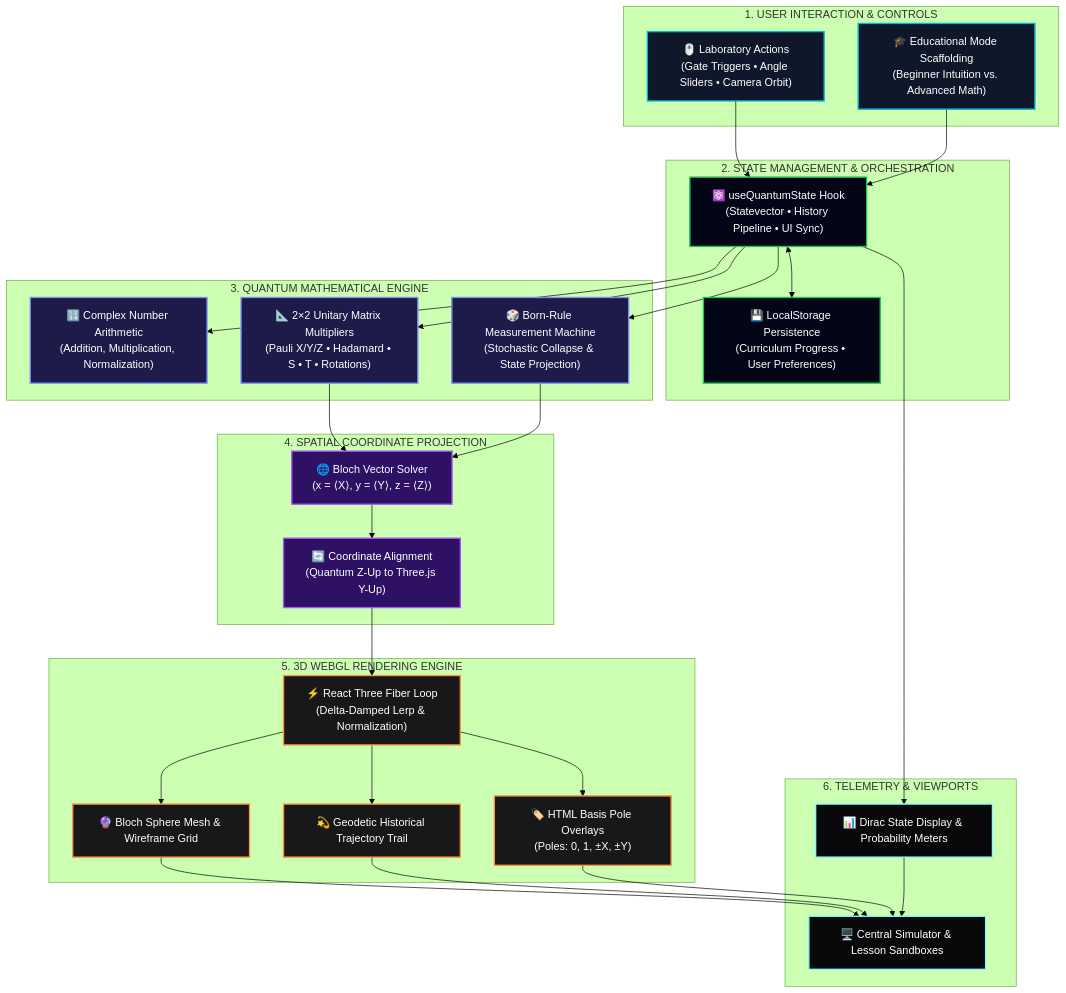
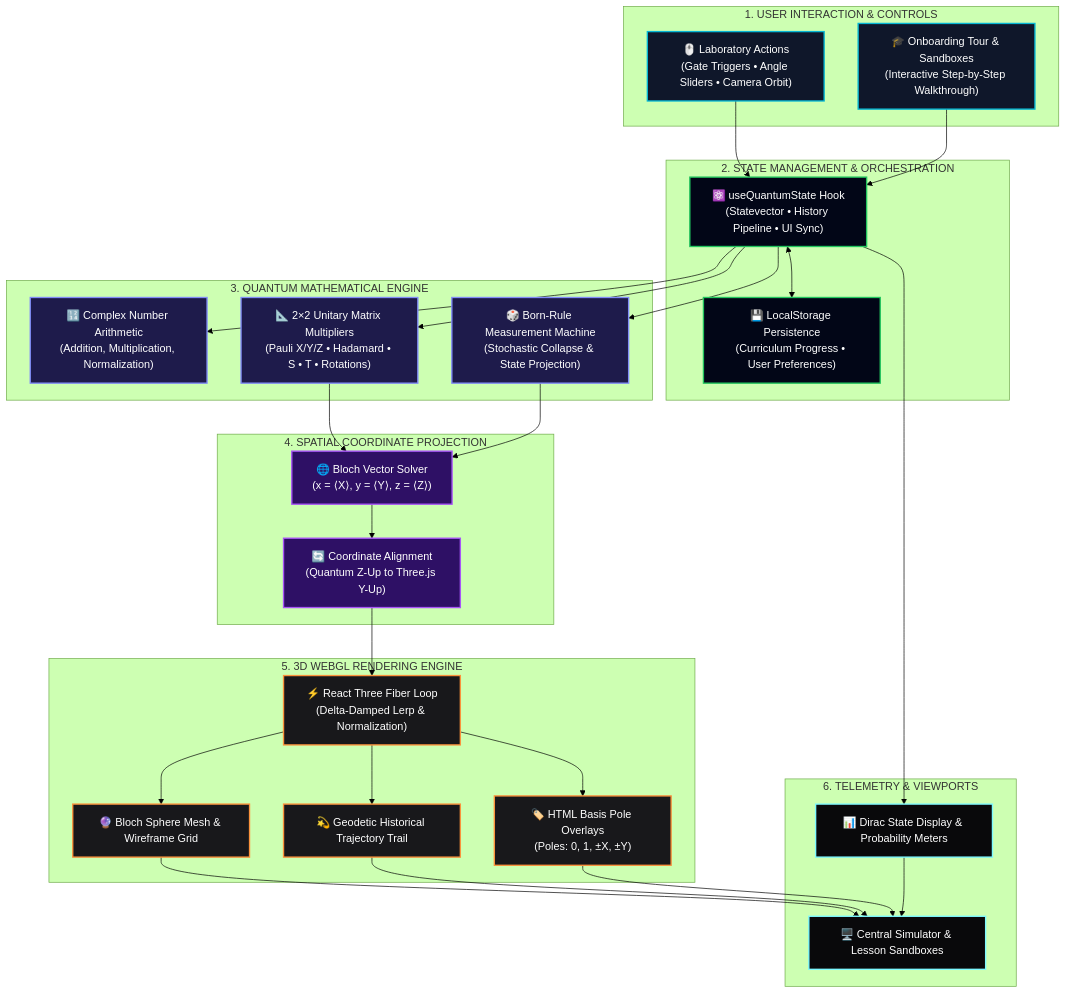
Before and after one commit to SumanthMamidi-MNS/QubitScope: the diagram in README.md, drawn with Mermaid (forest theme). The commit also changed other lines of this file and 6 other files, not shown here.

Commit message:
feat: refine UI modals, streamline beginner-friendly learning flow, and sync documentation

````diff
--- a/README.md
+++ b/README.md
@@ -130,68 +130,68 @@
 ```mermaid
 flowchart TD
     subgraph S1 ["1. USER INTERACTION & CONTROLS"]
         Input["🖱️ Laboratory Actions<br/>(Gate Triggers • Angle Sliders • Camera Orbit)"]
-        Mode["🎓 Educational Mode Scaffolding<br/>(Beginner Intuition vs. Advanced Math)"]
+        Guide["🎓 Onboarding Tour & Sandboxes<br/>(Interactive Step-by-Step Walkthrough)"]
     end
 
     subgraph S2 ["2. STATE MANAGEMENT & ORCHESTRATION"]
         Hook["⚛️ useQuantumState Hook<br/>(Statevector • History Pipeline • UI Sync)"]
         Storage["💾 LocalStorage Persistence<br/>(Curriculum Progress • User Preferences)"]
     end
 
     subgraph S3 ["3. QUANTUM MATHEMATICAL ENGINE"]
         Complex["🔢 Complex Number Arithmetic<br/>(Addition, Multiplication, Normalization)"]
         Unitary["📐 2×2 Unitary Matrix Multipliers<br/>(Pauli X/Y/Z • Hadamard • S • T • Rotations)"]
         Born["🎲 Born-Rule Measurement Machine<br/>(Stochastic Collapse & State Projection)"]
     end
 
     subgraph S4 ["4. SPATIAL COORDINATE PROJECTION"]
         BlochMap["🌐 Bloch Vector Solver<br/>(x = ⟨X⟩, y = ⟨Y⟩, z = ⟨Z⟩)"]
         ThreeMap["🔄 Coordinate Alignment<br/>(Quantum Z-Up to Three.js Y-Up)"]
     end
 
     subgraph S5 ["5. 3D WEBGL RENDERING ENGINE"]
         R3F["⚡ React Three Fiber Loop<br/>(Delta-Damped Lerp & Normalization)"]
         Mesh["🔮 Bloch Sphere Mesh & Wireframe Grid"]
         Trail["💫 Geodetic Historical Trajectory Trail"]
         Poles["🏷️ HTML Basis Pole Overlays<br/>(Poles: 0, 1, ±X, ±Y)"]
     end
 
     subgraph S6 ["6. TELEMETRY & VIEWPORTS"]
         HUD["📊 Dirac State Display & Probability Meters"]
         Views["🖥️ Central Simulator & Lesson Sandboxes"]
     end
 
     Input --> Hook
-    Mode --> Hook
+    Guide --> Hook
     Hook <--> Storage
     Hook --> Complex
     Hook --> Unitary
     Hook --> Born
     Unitary --> BlochMap
     Born --> BlochMap
     BlochMap --> ThreeMap
     ThreeMap --> R3F
     R3F --> Mesh
     R3F --> Trail
     R3F --> Poles
     Hook --> HUD
     Mesh --> Views
     Trail --> Views
     Poles --> Views
     HUD --> Views
 
     classDef stage fill:#0f172a,stroke:#06b6d4,stroke-width:2px,color:#fff;
     classDef logic fill:#020617,stroke:#22c55e,stroke-width:2px,color:#fff;
     classDef math fill:#1e1b4b,stroke:#818cf8,stroke-width:2px,color:#fff;
     classDef spatial fill:#2e1065,stroke:#a855f7,stroke-width:2px,color:#fff;
     classDef render fill:#18181b,stroke:#fb923c,stroke-width:2px,color:#fff;
     classDef ui fill:#09090b,stroke:#7df9ff,stroke-width:2px,color:#fff;
 
-    class Input,Mode stage;
+    class Input,Guide stage;
     class Hook,Storage logic;
     class Complex,Unitary,Born math;
     class BlochMap,ThreeMap spatial;
     class R3F,Mesh,Trail,Poles render;
     class HUD,Views ui;
 ```
````
